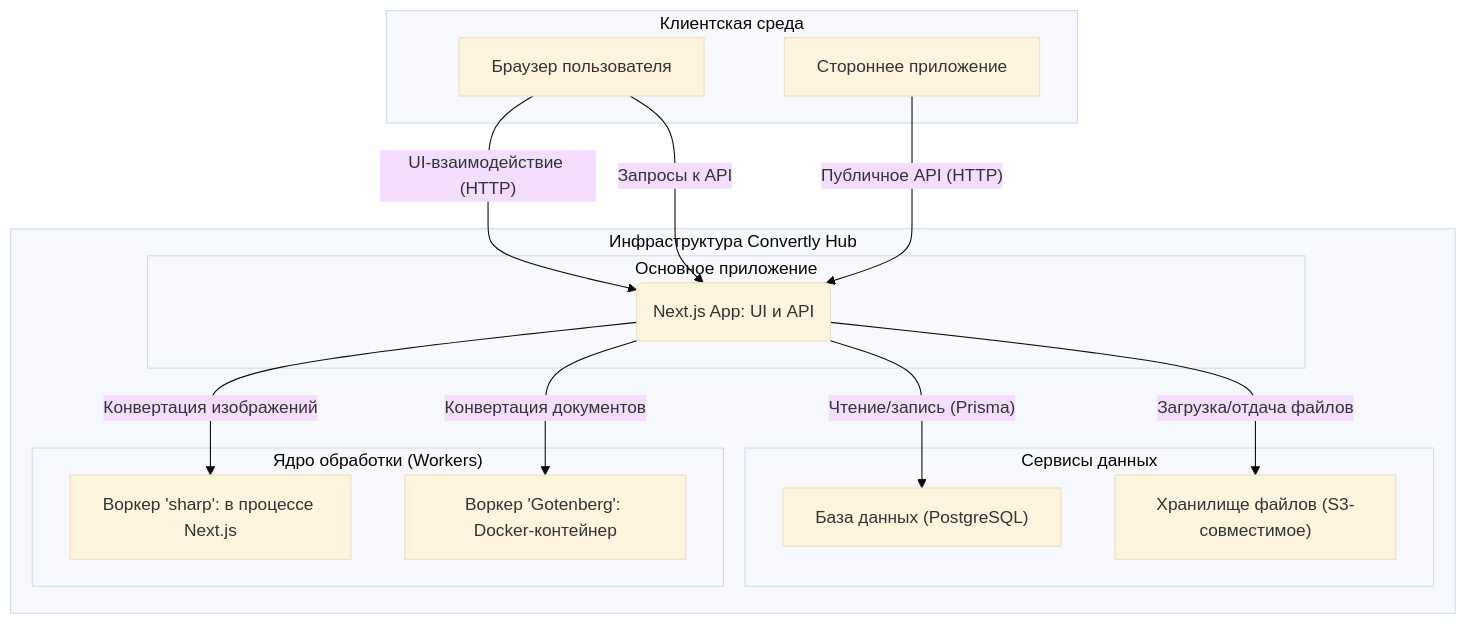
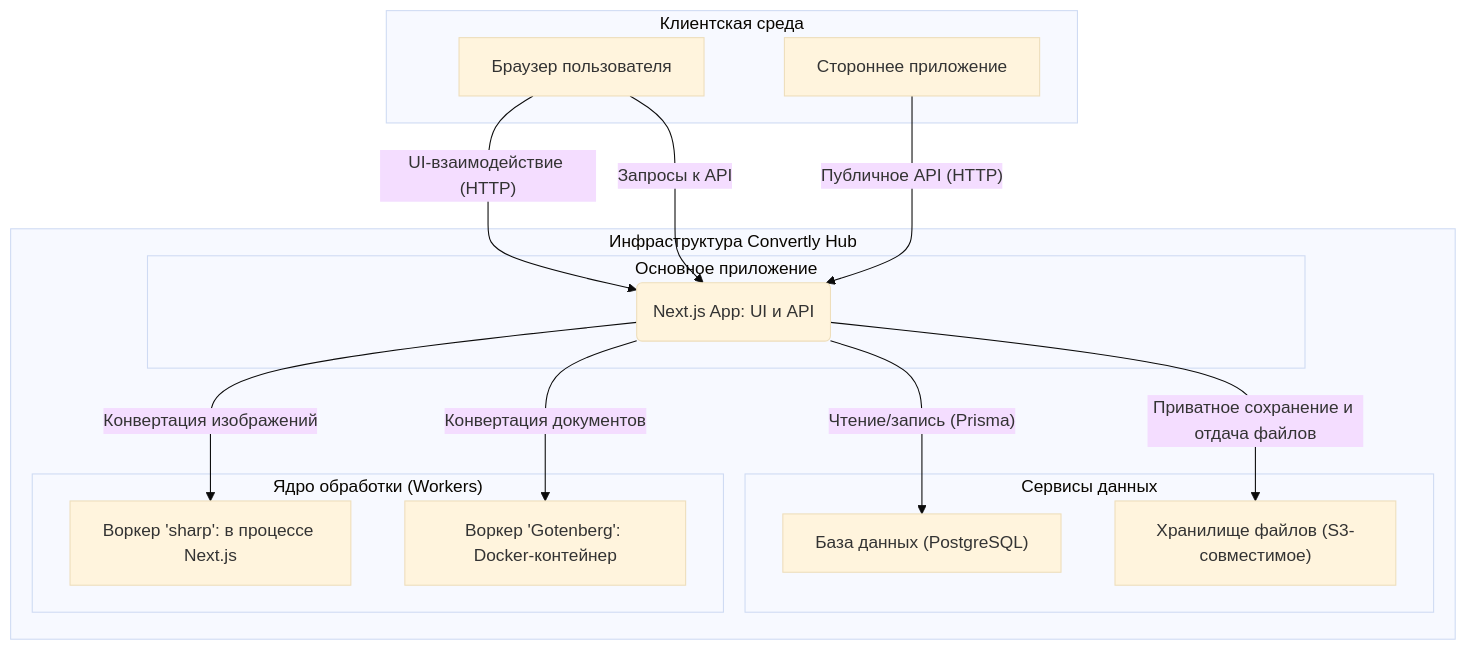
One commit to OlegBon/ip-js_plus_deep_ai-2026-07 changed the diagram in convertly-hub/docs/architecture.md. Above: the diagram before and after it, drawn with Mermaid (base theme). The commit also changed other lines of this file and 16 other files, not shown here.

````diff
--- a/convertly-hub/docs/architecture.md
+++ b/convertly-hub/docs/architecture.md
@@ -19,33 +19,33 @@
 ```mermaid
 graph TD
     subgraph "Клиентская среда"
         A[Браузер пользователя]
         B[Стороннее приложение]
     end
 
     subgraph "Инфраструктура Convertly Hub"
         subgraph "Основное приложение"
             C(Next.js App: UI и API)
         end
 
         subgraph "Сервисы данных"
             E["База данных (PostgreSQL)"]
             F["Хранилище файлов (S3-совместимое)"]
         end
 
         subgraph "Ядро обработки (Workers)"
             G["Воркер 'sharp': в процессе Next.js"]
             H["Воркер 'Gotenberg': Docker-контейнер"]
         end
     end
 
     A -- "UI-взаимодействие (HTTP)" --> C
     A -- "Запросы к API" --> C
 
     B -- "Публичное API (HTTP)" --> C
 
     C -- "Чтение/запись (Prisma)" --> E
-    C -- "Загрузка/отдача файлов" --> F
+    C -- "Приватное сохранение и отдача файлов" --> F
     C -- "Конвертация изображений" --> G
     C -- "Конвертация документов" --> H
 ```
````
